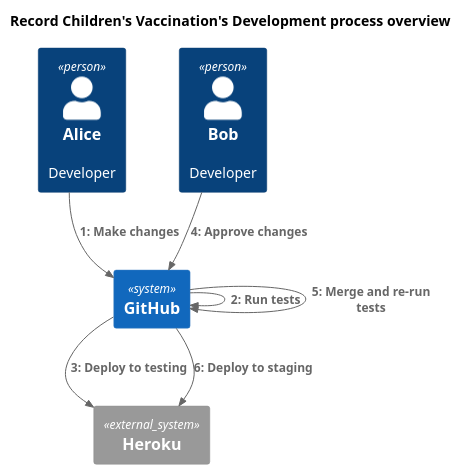
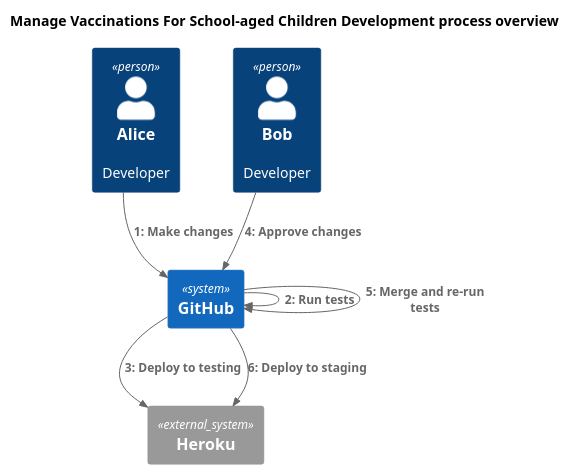
The diagram in docs/diagrams/development-process-overview.puml (nhsuk/manage-vaccinations-in-schools), drawn with PlantUML before and after one commit. The commit also changed 14 other files, not shown here.

Commit message:
Rename record to manage

```diff
--- a/docs/diagrams/development-process-overview.puml
+++ b/docs/diagrams/development-process-overview.puml
@@ -1,20 +1,20 @@
 @startuml
 
 !include <C4/C4_Dynamic.puml>
 
-title "Record Children's Vaccination's Development process overview"
+title "Manage Vaccinations For School-aged Children Development process overview"
 
 Person(devA, "Alice", "Developer")
 Person(devB, "Bob", "Developer")
 
 System_Ext(heroku, "Heroku")
 System(github, "GitHub")
 
 Rel(devA, github, "Make changes")
 Rel(github, github, "Run tests")
 Rel(github, heroku, "Deploy to testing")
 Rel(devB, github, "Approve changes")
 Rel(github, github, "Merge and re-run tests")
 Rel(github, heroku, "Deploy to staging")
 
 @enduml
```
